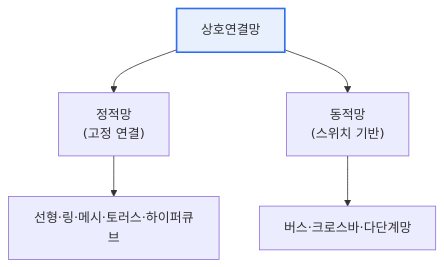
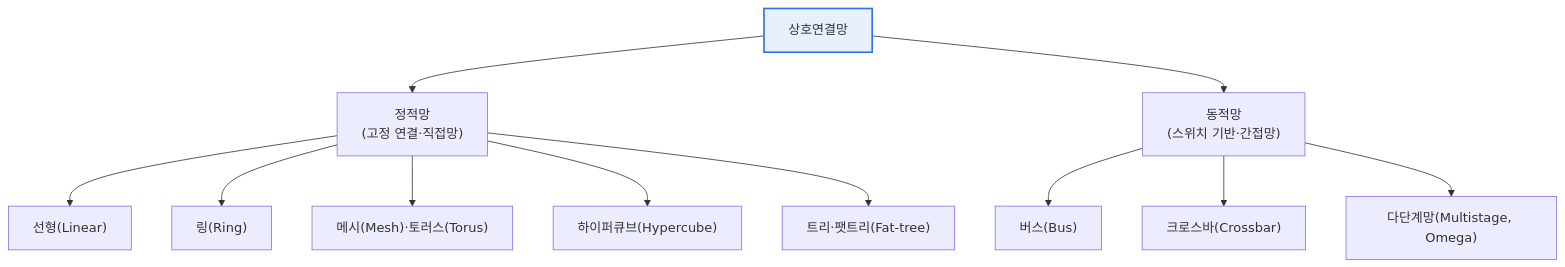
One commit to coninggu/wjdqhrhksflrltnftk changed the first of 2 diagrams in content/interconnection-network.md. Above: the diagram before and after it, drawn with Mermaid. The commit also changed other lines of this file and 3 other files, not shown here.

````diff
--- a/content/interconnection-network.md
+++ b/content/interconnection-network.md
@@ -15,8 +30,14 @@
 ```mermaid
 flowchart TB
-  I[상호연결망] --> S["정적망<br/>(고정 연결)"]
-  I --> D["동적망<br/>(스위치 기반)"]
-  S --> S1["선형·링·메시·토러스·하이퍼큐브"]
-  D --> D1["버스·크로스바·다단계망"]
+  I["상호연결망"] --> S["정적망<br/>(고정 연결·직접망)"]
+  I --> D["동적망<br/>(스위치 기반·간접망)"]
+  S --> S1["선형(Linear)"]
+  S --> S2["링(Ring)"]
+  S --> S3["메시(Mesh)·토러스(Torus)"]
+  S --> S4["하이퍼큐브(Hypercube)"]
+  S --> S5["트리·팻트리(Fat-tree)"]
+  D --> D1["버스(Bus)"]
+  D --> D2["크로스바(Crossbar)"]
+  D --> D3["다단계망(Multistage, Omega)"]
   style I fill:#e8f0fe,stroke:#2f6fed,stroke-width:2px
 ```
````
